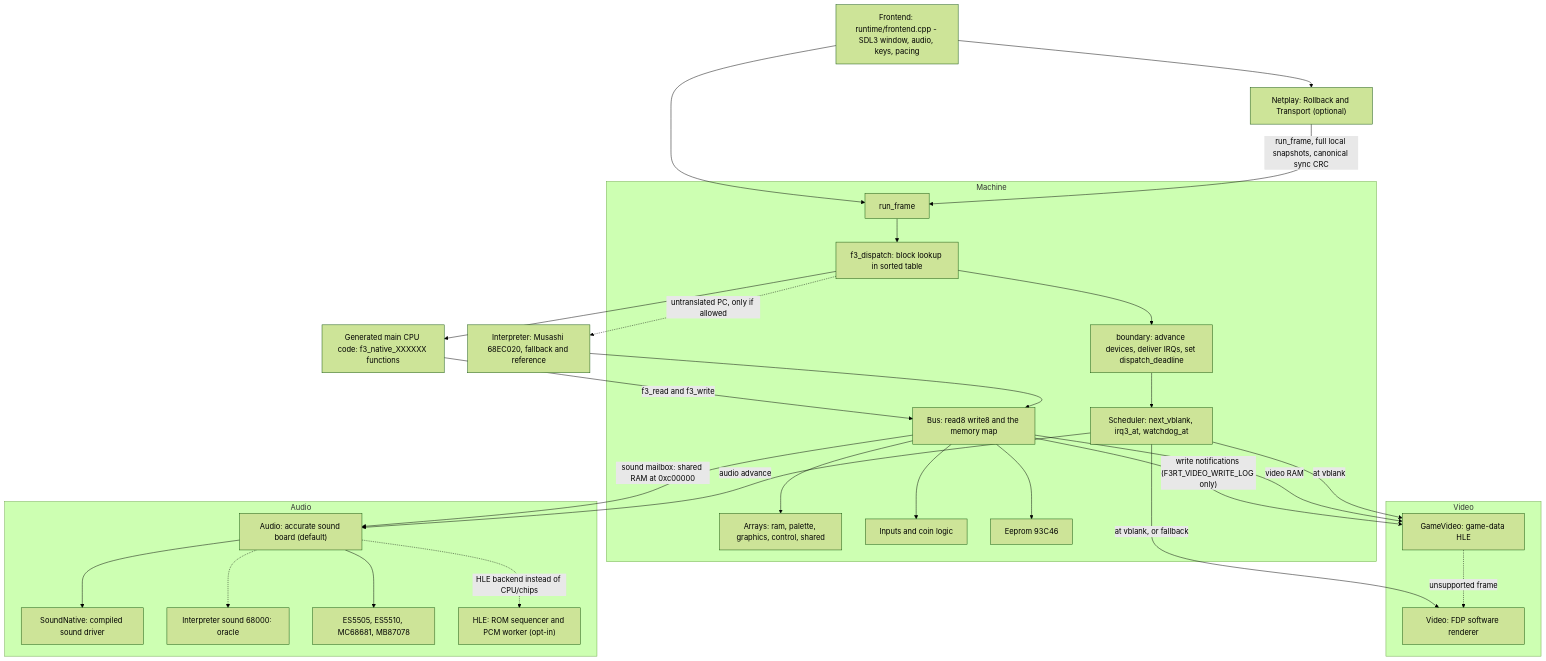
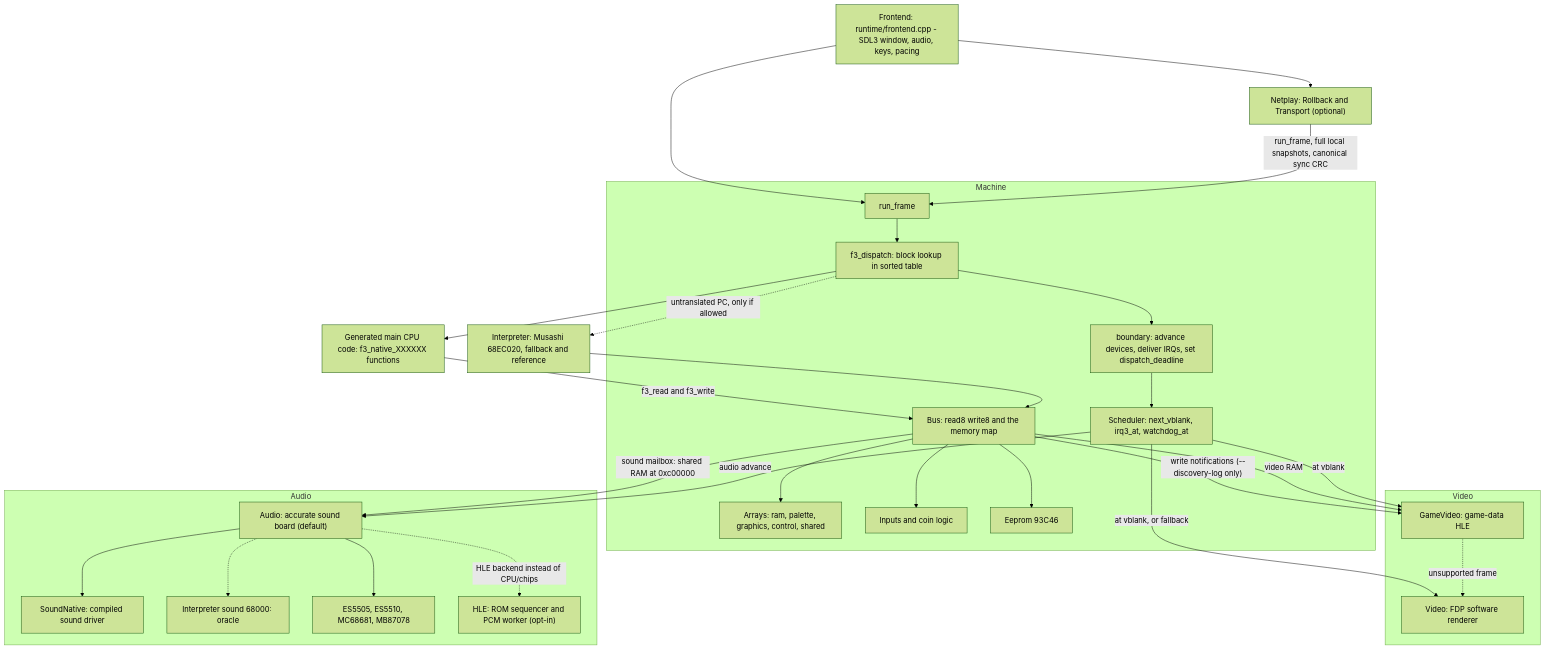
One commit to ansxor/f3-recomp changed the second of 5 diagrams in docs/site/developer/architecture.md. Above: the diagram before and after it, drawn with Mermaid (forest theme). The commit also changed other lines of this file and 69 other files, not shown here.

First line of the commit message:
Add display-synced flicker shadows, a single Renderer setting, and --discovery-log

````diff
--- a/docs/site/developer/architecture.md
+++ b/docs/site/developer/architecture.md
@@ -103,52 +103,52 @@
 ```mermaid
 flowchart TB
     FE["Frontend: runtime/frontend.cpp - SDL3 window, audio, keys, pacing"]
     NP["Netplay: Rollback and Transport (optional)"]
     subgraph M["Machine"]
         RF["run_frame"]
         DISP["f3_dispatch: block lookup in sorted table"]
         BND["boundary: advance devices, deliver IRQs, set dispatch_deadline"]
         SCH["Scheduler: next_vblank, irq3_at, watchdog_at"]
         BUS["Bus: read8 write8 and the memory map"]
         MEM["Arrays: ram, palette, graphics, control, shared"]
         IN["Inputs and coin logic"]
         EE["Eeprom 93C46"]
     end
     GEN["Generated main CPU code: f3_native_XXXXXX functions"]
     INT["Interpreter: Musashi 68EC020, fallback and reference"]
     subgraph VID["Video"]
         GV["GameVideo: game-data HLE"]
         FDP["Video: FDP software renderer"]
     end
     subgraph AUD["Audio"]
         AU["Audio: accurate sound board (default)"]
         SN["SoundNative: compiled sound driver"]
         SI["Interpreter sound 68000: oracle"]
         CH["ES5505, ES5510, MC68681, MB87078"]
         HW["HLE: ROM sequencer and PCM worker (opt-in)"]
     end
     FE --> RF
     NP -->|"run_frame, full local snapshots, canonical sync CRC"| RF
     FE --> NP
     RF --> DISP
     DISP --> BND
     BND --> SCH
     DISP --> GEN
     DISP -.->|"untranslated PC, only if allowed"| INT
     GEN -->|"f3_read and f3_write"| BUS
     INT --> BUS
     BUS --> MEM
     BUS --> IN
     BUS --> EE
     BUS -->|"sound mailbox: shared RAM at 0xc00000"| AU
-    BUS -->|"write notifications (F3RT_VIDEO_WRITE_LOG only)"| GV
+    BUS -->|"write notifications (--discovery-log only)"| GV
     BUS -->|"video RAM"| GV
     SCH -->|"at vblank"| GV
     SCH -->|"at vblank, or fallback"| FDP
     GV -.->|"unsupported frame"| FDP
     SCH -->|"audio advance"| AU
     AU --> CH
     AU --> SN
     AU -.-> SI
     AU -.->|"HLE backend instead of CPU/chips"| HW
 ```
````
